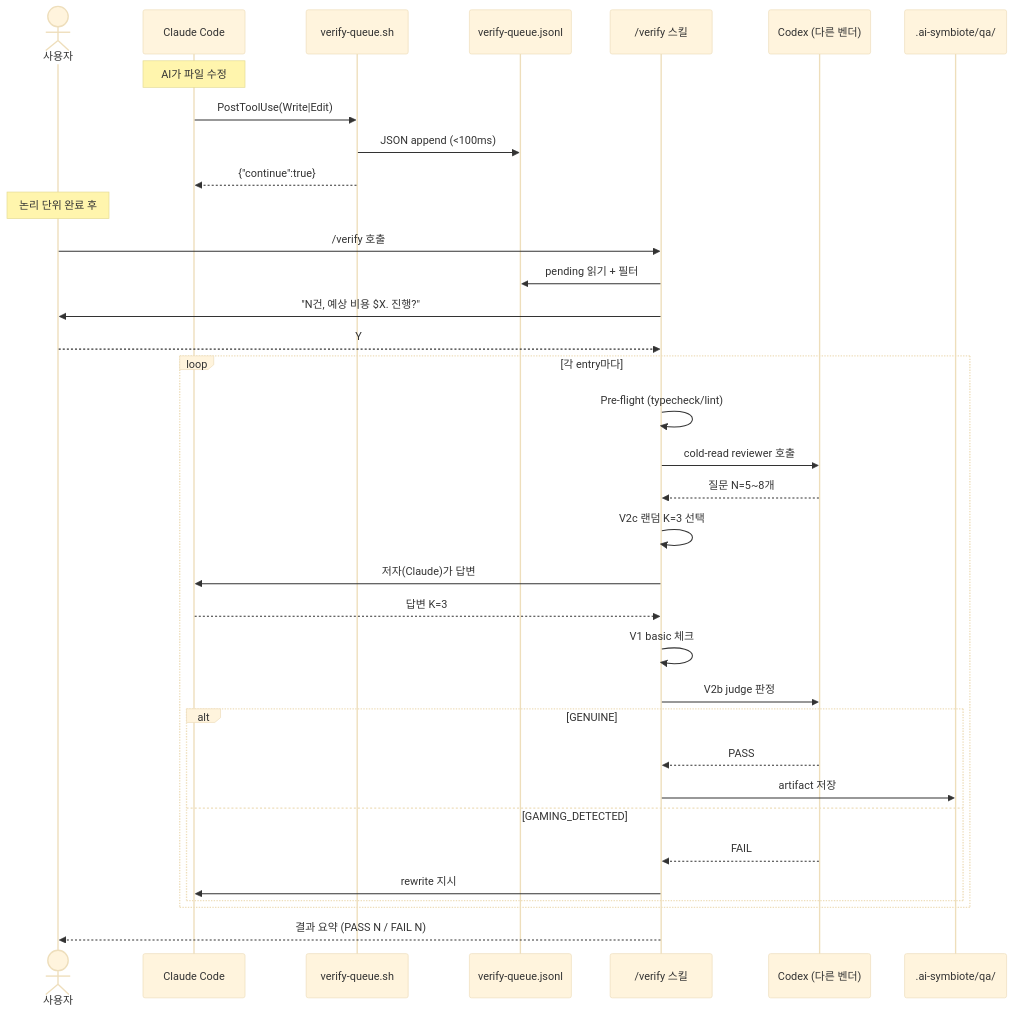
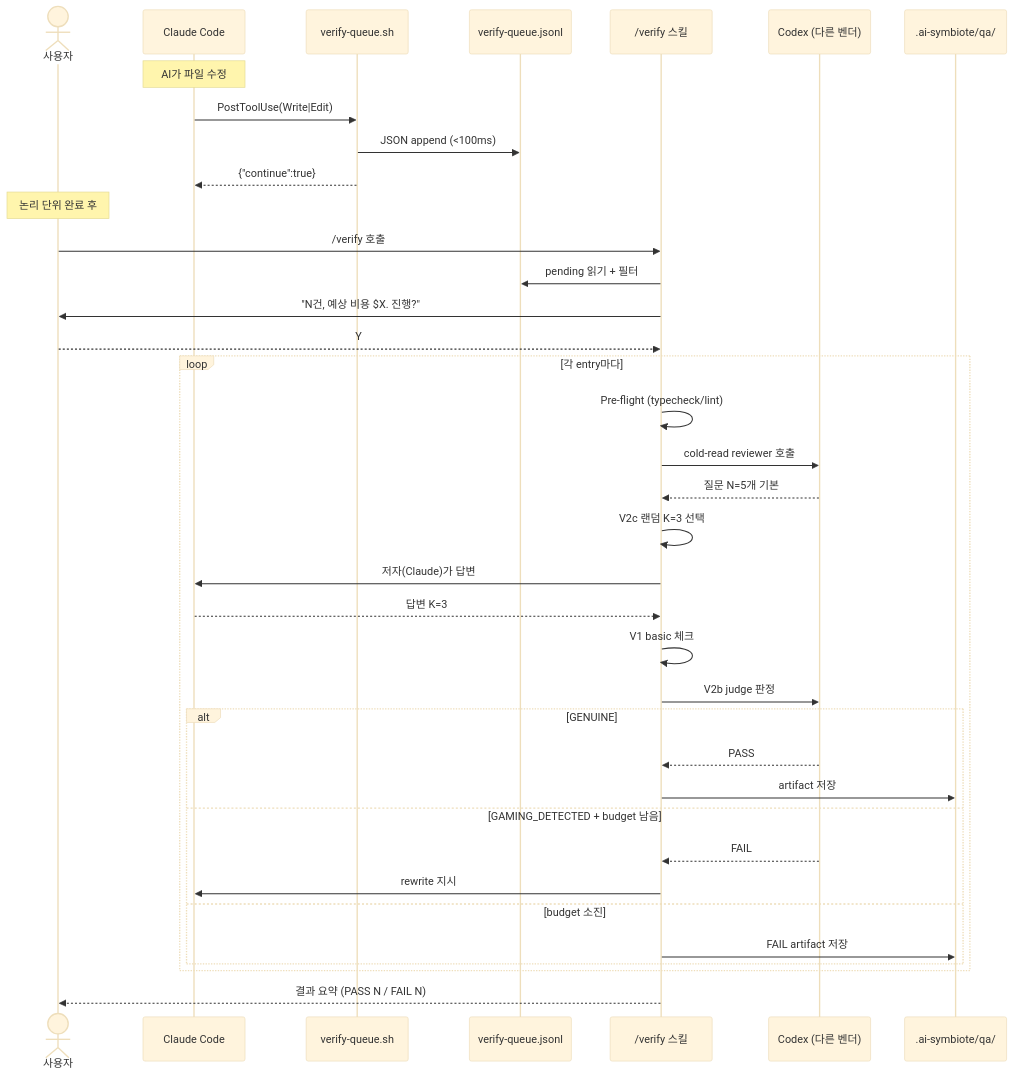
One commit to Jimmy-Jung/ai-symbiote changed the third of 12 diagrams in docs/09-검증-레이어-동작원리.md. Above: the diagram before and after it, drawn with Mermaid (base theme). The commit also changed other lines of this file and 3 other files, not shown here.

````diff
--- a/docs/09-검증-레이어-동작원리.md
+++ b/docs/09-검증-레이어-동작원리.md
@@ -77,41 +78,43 @@
 ```mermaid
 sequenceDiagram
     actor User as 사용자
     participant CC as Claude Code
     participant Hook as verify-queue.sh
     participant Queue as verify-queue.jsonl
     participant Skill as /verify 스킬
     participant Codex as Codex (다른 벤더)
     participant QA as .ai-symbiote/qa/
 
     Note over CC: AI가 파일 수정
     CC->>Hook: PostToolUse(Write|Edit)
     Hook->>Queue: JSON append (<100ms)
     Hook-->>CC: {"continue":true}
 
     Note over User: 논리 단위 완료 후
     User->>Skill: /verify 호출
     Skill->>Queue: pending 읽기 + 필터
     Skill->>User: "N건, 예상 비용 $X. 진행?"
     User-->>Skill: Y
 
     loop 각 entry마다
         Skill->>Skill: Pre-flight (typecheck/lint)
         Skill->>Codex: cold-read reviewer 호출
-        Codex-->>Skill: 질문 N=5~8개
+        Codex-->>Skill: 질문 N=5개 기본
         Skill->>Skill: V2c 랜덤 K=3 선택
         Skill->>CC: 저자(Claude)가 답변
         CC-->>Skill: 답변 K=3
         Skill->>Skill: V1 basic 체크
         Skill->>Codex: V2b judge 판정
         alt GENUINE
             Codex-->>Skill: PASS
             Skill->>QA: artifact 저장
-        else GAMING_DETECTED
+        else GAMING_DETECTED + budget 남음
             Codex-->>Skill: FAIL
             Skill->>CC: rewrite 지시
+        else budget 소진
+            Skill->>QA: FAIL artifact 저장
         end
     end
 
     Skill-->>User: 결과 요약 (PASS N / FAIL N)
 ```
````
